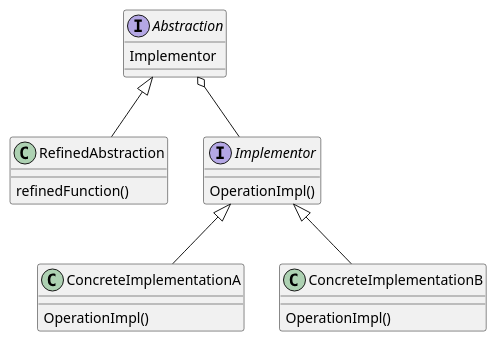
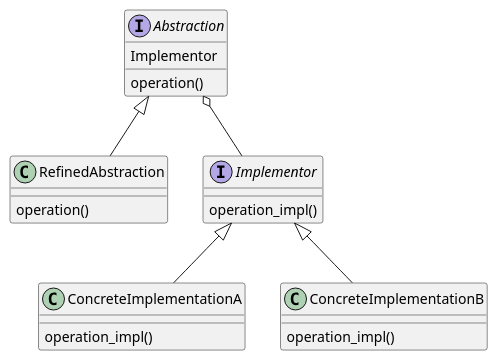
The diagram in structural_patterns/bridge/bridge.puml (sirejik/software-design-patterns), drawn with PlantUML before and after one commit. The commit also changed 12 other files, not shown here.

```diff
--- a/structural_patterns/bridge/bridge.puml
+++ b/structural_patterns/bridge/bridge.puml
@@ -1,26 +1,27 @@
 @startuml
 
 interface Abstraction {
     Implementor
+    operation()
 }
 
 class RefinedAbstraction {
-    refinedFunction()
+    operation()
 }
 Abstraction <|-- RefinedAbstraction
 
 interface Implementor {
-    OperationImpl()
+    operation_impl()
 }
 Abstraction o-- Implementor
 
 class ConcreteImplementationA {
-    OperationImpl()
+    operation_impl()
 }
 class ConcreteImplementationB {
-    OperationImpl()
+    operation_impl()
 }
 Implementor <|-- ConcreteImplementationA
 Implementor <|-- ConcreteImplementationB
 
 @enduml
```
